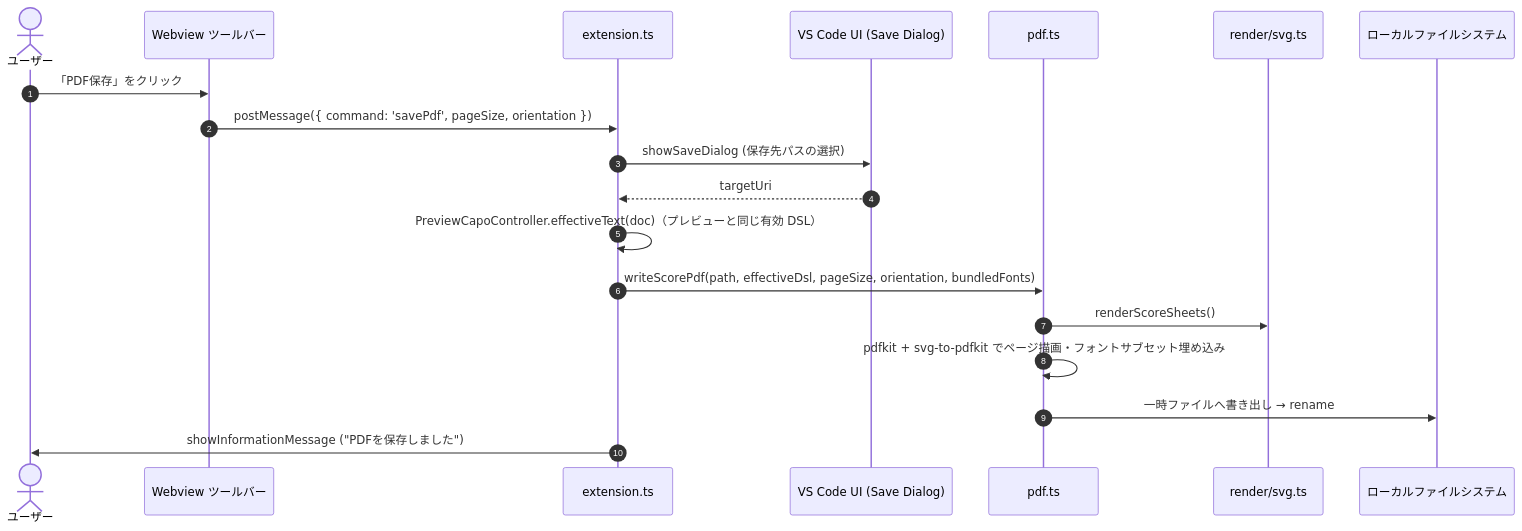
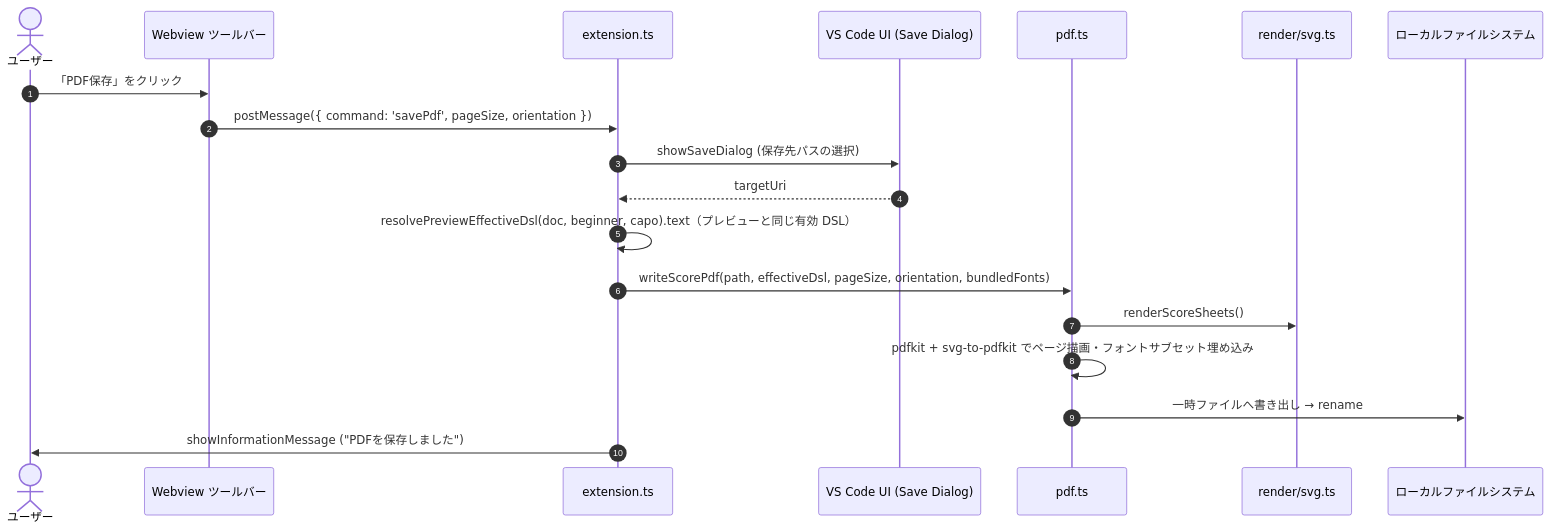
Before and after one commit to puchinya/vscode-guitar-dsl: the third of 5 diagrams in docs/design/architecture.md, drawn with Mermaid. The commit also changed other lines of this file and 2 other files, not shown here.

Commit message:
docs: sync design/spec flows with Beginner Mode precedence and sections (#65)

````diff
--- a/docs/design/architecture.md
+++ b/docs/design/architecture.md
@@ -363,22 +363,22 @@
 ```mermaid
 sequenceDiagram
     autonumber
     actor User as ユーザー
     participant WV as Webview ツールバー
     participant Ext as extension.ts
     participant Dialog as VS Code UI (Save Dialog)
     participant Pdf as pdf.ts
     participant Svg as render/svg.ts
     participant FS as ローカルファイルシステム
 
     User->>WV: 「PDF保存」をクリック
     WV->>Ext: postMessage({ command: 'savePdf', pageSize, orientation })
     Ext->>Dialog: showSaveDialog (保存先パスの選択)
     Dialog-->>Ext: targetUri
-    Ext->>Ext: PreviewCapoController.effectiveText(doc)（プレビューと同じ有効 DSL）
+    Ext->>Ext: resolvePreviewEffectiveDsl(doc, beginner, capo).text（プレビューと同じ有効 DSL）
     Ext->>Pdf: writeScorePdf(path, effectiveDsl, pageSize, orientation, bundledFonts)
     Pdf->>Svg: renderScoreSheets()
     Pdf->>Pdf: pdfkit + svg-to-pdfkit でページ描画・フォントサブセット埋め込み
     Pdf->>FS: 一時ファイルへ書き出し → rename
     Ext->>User: showInformationMessage ("PDFを保存しました")
 ```
````
